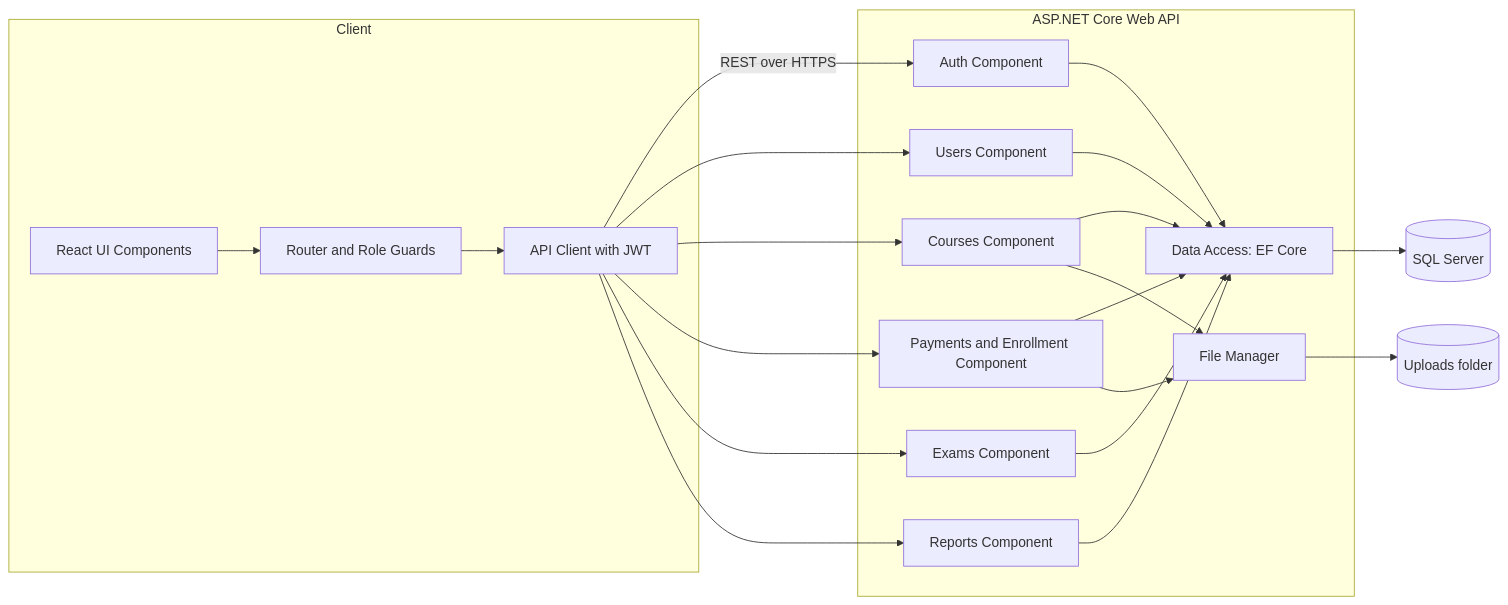
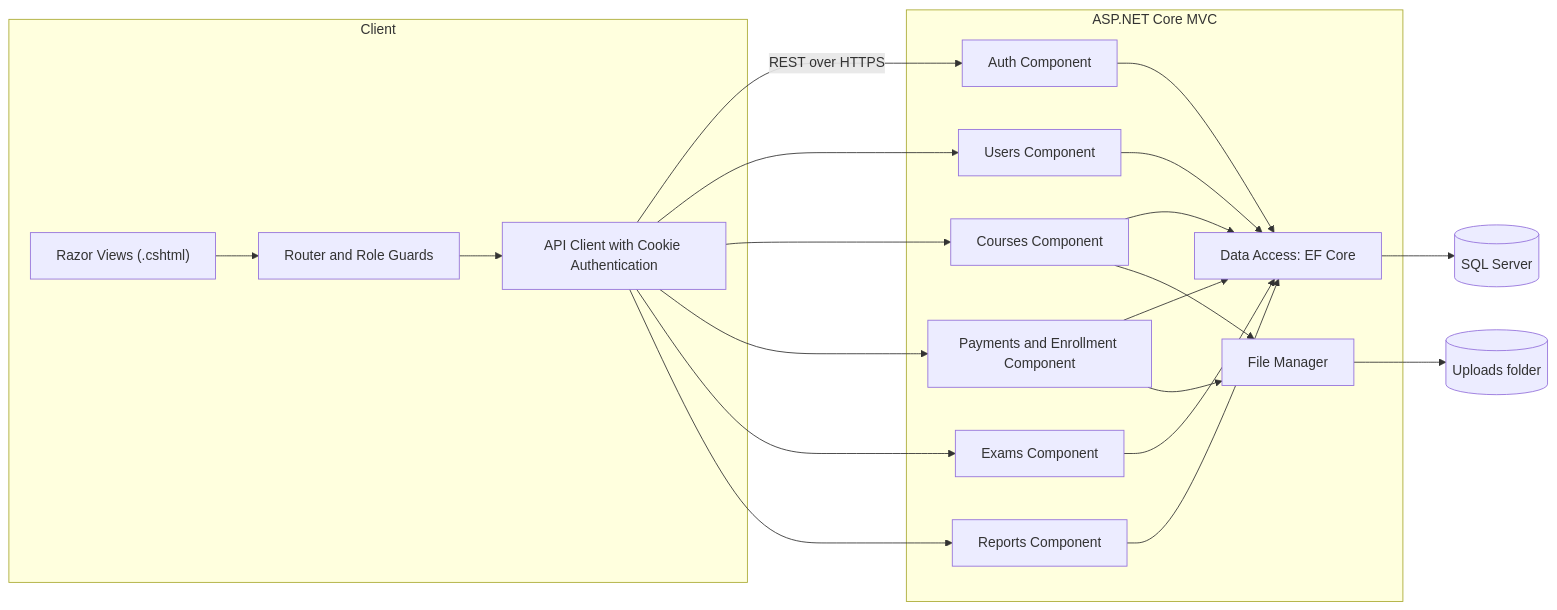
One commit to MohamedHany1n/Educational-Platform changed the first of 2 diagrams in docs/4-analysis-design/12-deployment-integration.md. Above: the diagram before and after it, drawn with Mermaid. The commit also changed other lines of this file and 217 other files, not shown here.

Commit message:
chore: migrate project structure and docs from Web API to ASP.NET Core MVC

````diff
--- a/docs/4-analysis-design/12-deployment-integration.md
+++ b/docs/4-analysis-design/12-deployment-integration.md
@@ -17,32 +17,32 @@
 ```mermaid
 flowchart LR
     subgraph Client["Client"]
-        UI["React UI Components"]
+        UI["Razor Views (.cshtml)"]
         RT["Router and Role Guards"]
-        AX["API Client with JWT"]
+        AX["API Client with Cookie Authentication"]
         UI --> RT --> AX
     end
 
-    subgraph Server["ASP.NET Core Web API"]
+    subgraph Server["ASP.NET Core MVC"]
         AC["Auth Component"]
         UC["Users Component"]
         CC["Courses Component"]
         PC["Payments and Enrollment Component"]
         EC["Exams Component"]
         RC["Reports Component"]
         DA["Data Access: EF Core"]
         FM["File Manager"]
         AC & UC & CC & PC & EC & RC --> DA
         PC --> FM
         CC --> FM
     end
 
     AX -- "REST over HTTPS" --> AC
     AX --> UC
     AX --> CC
     AX --> PC
     AX --> EC
     AX --> RC
     DA --> DB[("SQL Server")]
     FM --> FS[("Uploads folder")]
 ```
````
